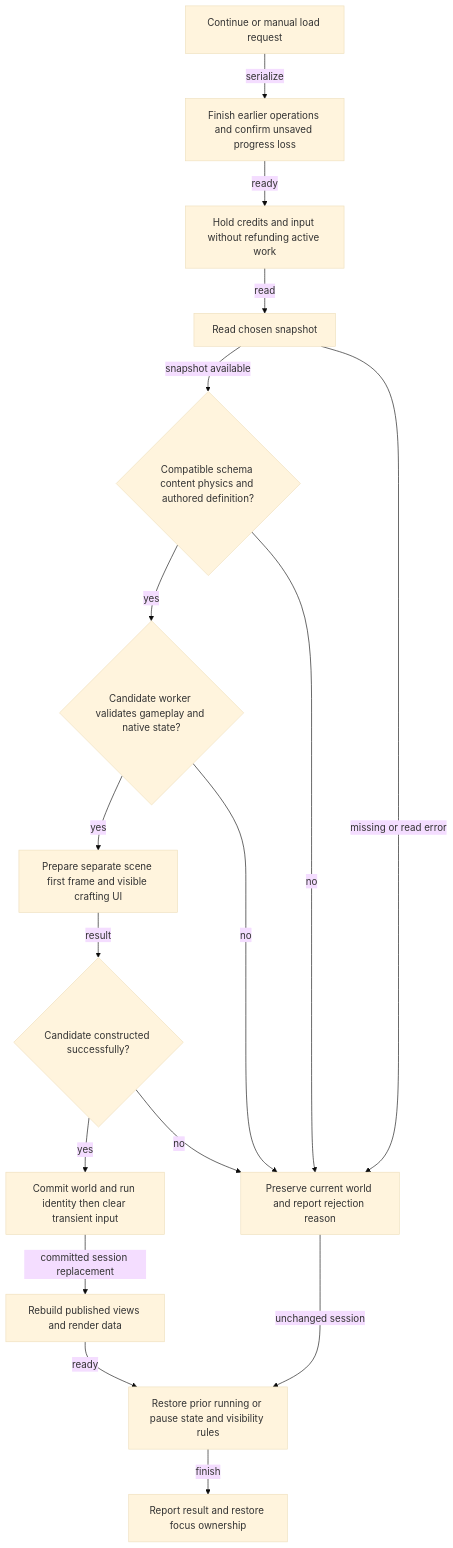
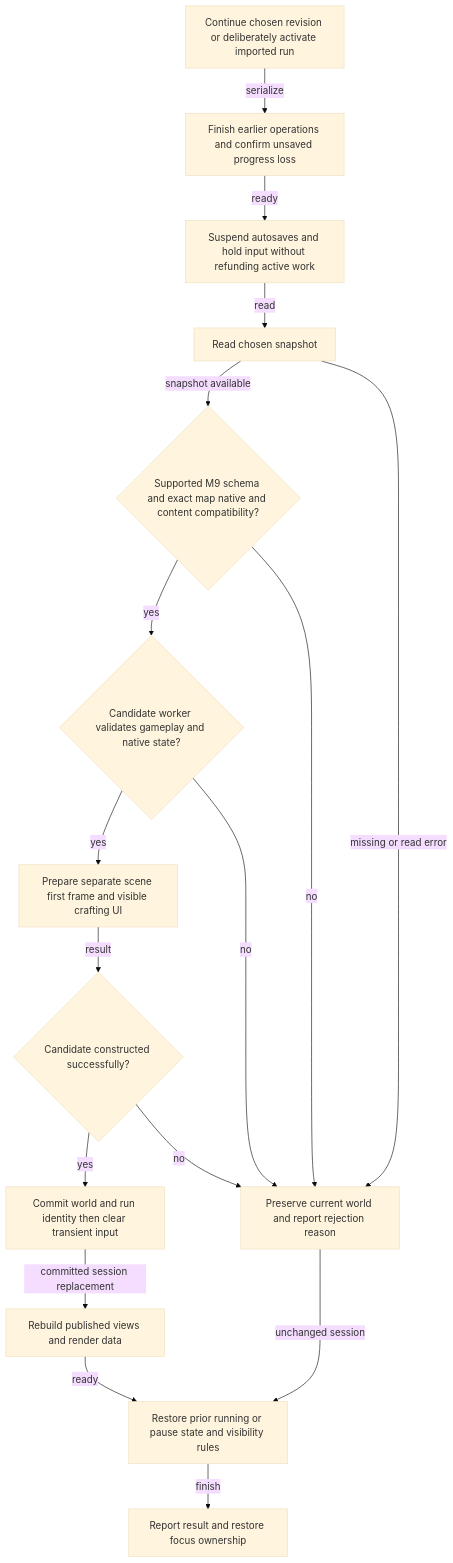
Before and after one commit to Googlproxer/Scrapworks: the fourth of 5 diagrams in docs/plans/README.md, drawn with Mermaid (base theme). The commit also changed other lines of this file and 46 other files, not shown here.

````diff
--- a/docs/plans/README.md
+++ b/docs/plans/README.md
@@ -245,33 +245,33 @@
 ```mermaid
 flowchart TB
-    Request[Continue or manual load request]
+    Request[Continue chosen revision or deliberately activate imported run]
     Queue[Finish earlier operations and confirm unsaved progress loss]
-    Pause[Hold credits and input without refunding active work]
+    Pause[Suspend autosaves and hold input without refunding active work]
     Read[Read chosen snapshot]
-    Version{Compatible schema content physics and authored definition?}
+    Version{Supported M9 schema and exact map native and content compatibility?}
     Valid{Candidate worker validates gameplay and native state?}
     Build[Prepare separate scene first frame and visible crafting UI]
     Ready{Candidate constructed successfully?}
     Swap[Commit world and run identity then clear transient input]
     Publish[Rebuild published views and render data]
     Reject[Preserve current world and report rejection reason]
     Resume[Restore prior running or pause state and visibility rules]
     Result[Report result and restore focus ownership]
 
     Request -->|serialize| Queue
     Queue -->|ready| Pause
     Pause -->|read| Read
     Read -->|snapshot available| Version
     Read -->|missing or read error| Reject
     Version -->|yes| Valid
     Version -->|no| Reject
     Valid -->|yes| Build
     Valid -->|no| Reject
     Build -->|result| Ready
     Ready -->|yes| Swap
     Ready -->|no| Reject
     Swap -->|committed session replacement| Publish
     Publish -->|ready| Resume
     Reject -->|unchanged session| Resume
     Resume -->|finish| Result
 ```
````
